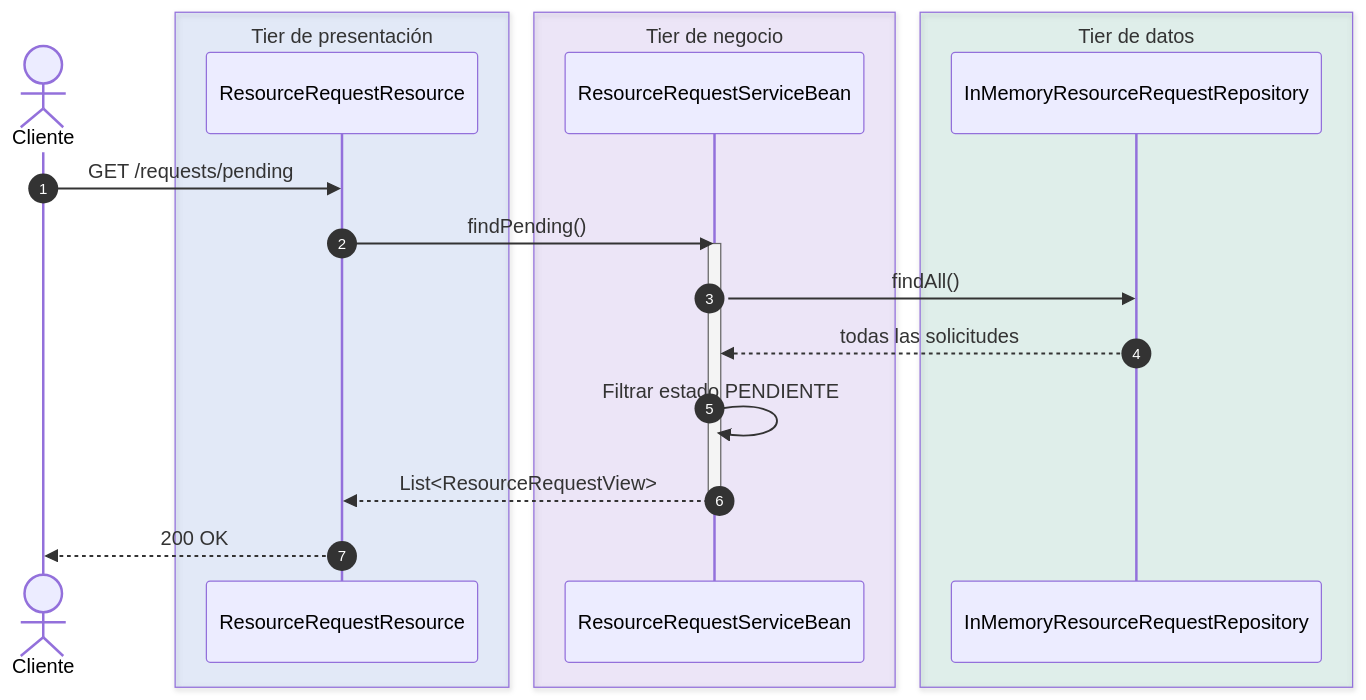
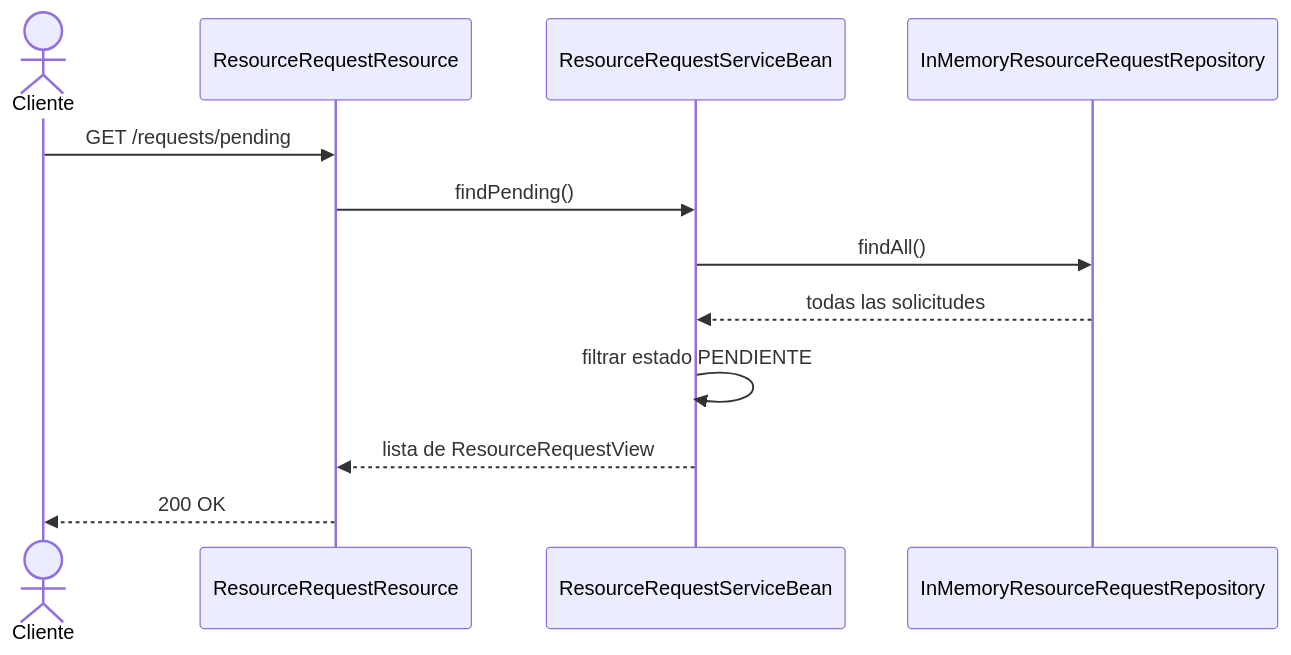
The sixth of 9 diagrams in docs/arquitectura.md (andreMD287/JEE-Negocio), drawn with Mermaid before and after one commit. The commit also changed other lines of this file and 2 other files, not shown here.

Commit message:
Documentación: diagramas en blanco y negro y evidencias resumidas

````diff
--- a/docs/arquitectura.md
+++ b/docs/arquitectura.md
@@ -350,24 +293,15 @@
 ```mermaid
 sequenceDiagram
-    autonumber
     actor C as Cliente
-    box rgba(37,99,235,0.10) Tier de presentación
-        participant API as ResourceRequestResource
-    end
-    box rgba(124,58,237,0.10) Tier de negocio
-        participant EJB as ResourceRequestServiceBean
-    end
-    box rgba(5,150,105,0.10) Tier de datos
-        participant REP as InMemoryResourceRequestRepository
-    end
+    participant API as ResourceRequestResource
+    participant EJB as ResourceRequestServiceBean
+    participant REP as InMemoryResourceRequestRepository
 
     C->>API: GET /requests/pending
     API->>EJB: findPending()
-    activate EJB
     EJB->>REP: findAll()
     REP-->>EJB: todas las solicitudes
-    EJB->>EJB: Filtrar estado PENDIENTE
-    EJB-->>API: List<ResourceRequestView>
-    deactivate EJB
+    EJB->>EJB: filtrar estado PENDIENTE
+    EJB-->>API: lista de ResourceRequestView
     API-->>C: 200 OK
 ```
````
